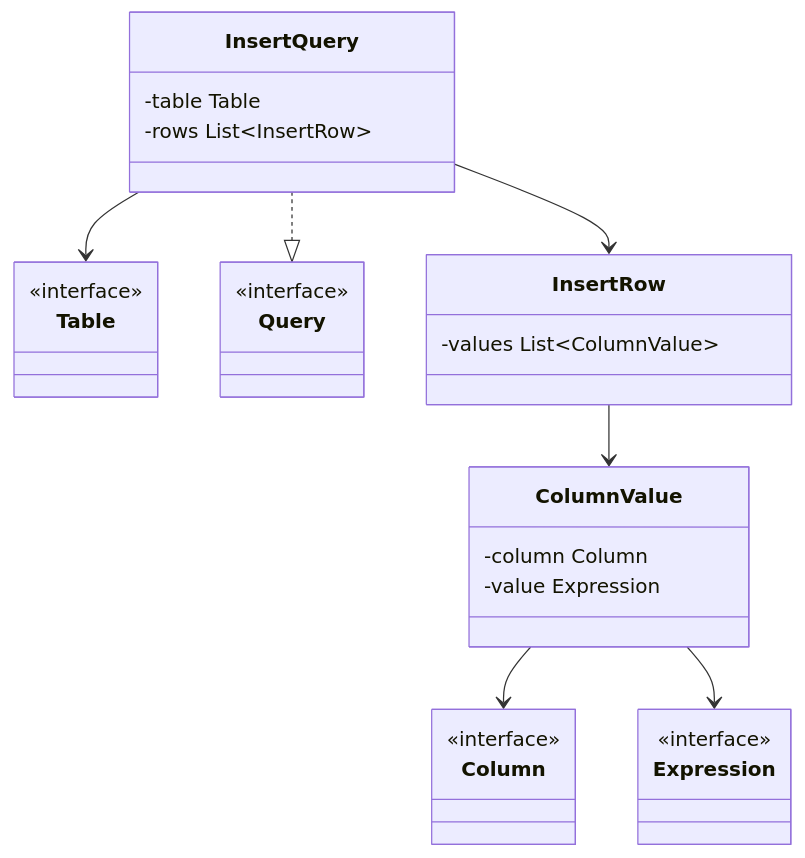
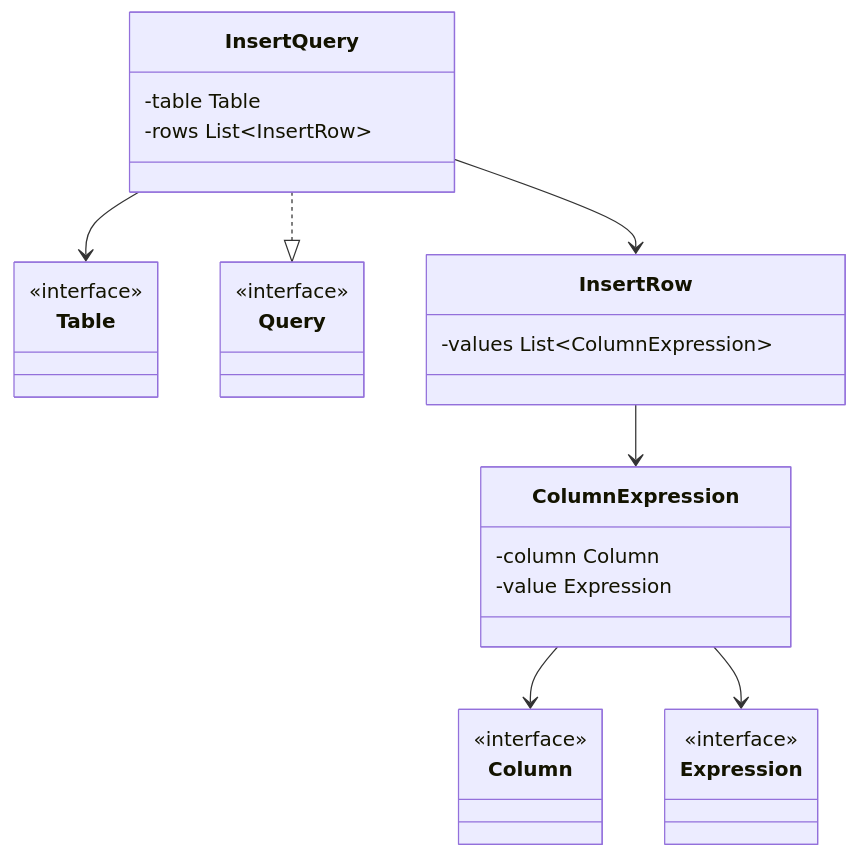
Before and after one commit to safarislava/QueryBricks: the eighth of 10 diagrams in docs/domain.md, drawn with Mermaid. The commit also changed other lines of this file, not shown here.

````diff
--- a/docs/domain.md
+++ b/docs/domain.md
@@ -251,38 +251,38 @@
 ```mermaid
 classDiagram
     class Table {
         <<interface>>
     }
     
     class Query {
         <<interface>>
     }
 
     class Expression {
         <<interface>>
     }
 
     class Column {
         <<interface>>
     }
 
-    class ColumnValue {
+    class ColumnExpression {
         -column Column
         -value Expression
     }
-    ColumnValue --> Column
-    ColumnValue --> Expression
+    ColumnExpression --> Column
+    ColumnExpression --> Expression
 
     class InsertRow {
-        -values List~ColumnValue~
+        -values List~ColumnExpression~
     }
-    InsertRow --> ColumnValue
+    InsertRow --> ColumnExpression
 
     class InsertQuery {
         -table Table
         -rows List~InsertRow~
     }
     InsertQuery ..|> Query
     InsertQuery --> Table
     InsertQuery --> InsertRow
 ```
````
